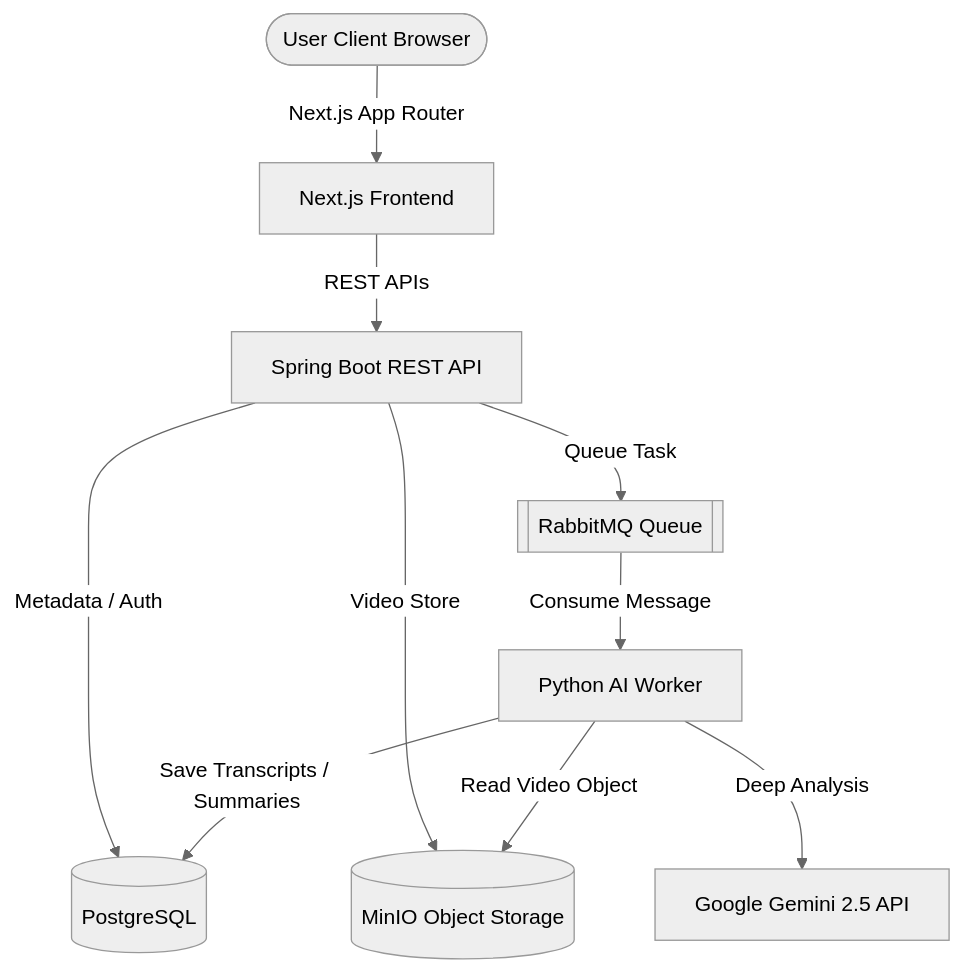
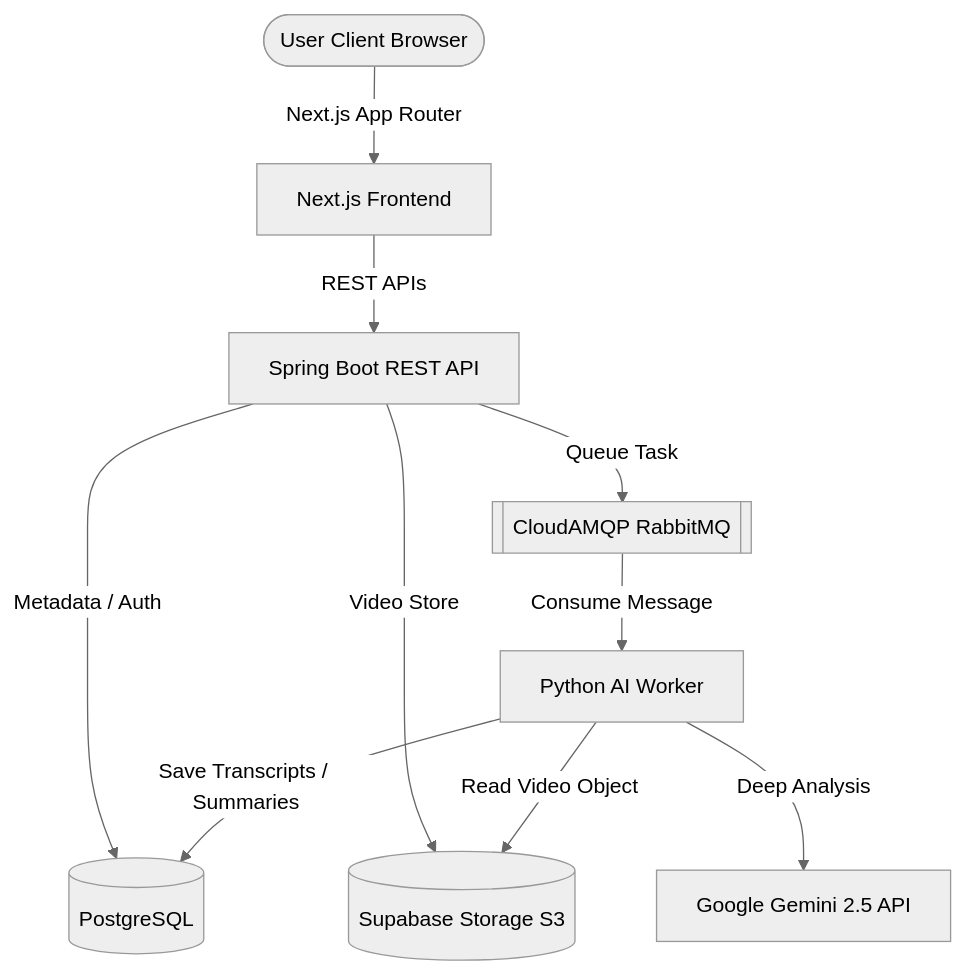
Before and after one commit to AbhirupBhowmick/VisiCore-AI: the diagram in README.md, drawn with Mermaid (neutral theme). The commit also changed other lines of this file, not shown here.

Commit message:
docs: Update README.md with premium enterprise layout, cloud configurations, and diagrams

````diff
--- a/README.md
+++ b/README.md
@@ -22,12 +31,12 @@
 ```mermaid
 graph TD
     User([User Client Browser]) -->|Next.js App Router| Frontend[Next.js Frontend]
     Frontend -->|REST APIs| Backend[Spring Boot REST API]
     Backend -->|Metadata / Auth| DB[(PostgreSQL)]
-    Backend -->|Video Store| Storage[(MinIO Object Storage)]
-    Backend -->|Queue Task| MQ[[RabbitMQ Queue]]
+    Backend -->|Video Store| Storage[(Supabase Storage S3)]
+    Backend -->|Queue Task| MQ[[CloudAMQP RabbitMQ]]
     MQ -->|Consume Message| Worker[Python AI Worker]
     Worker -->|Read Video Object| Storage
     Worker -->|Deep Analysis| Gemini[Google Gemini 2.5 API]
     Worker -->|Save Transcripts / Summaries| DB
 ```
````
